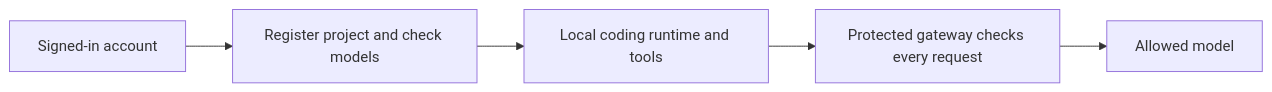
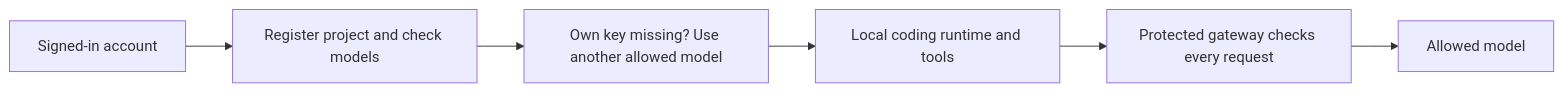
Before and after one commit to OsamaFelFel/keeplane: the diagram in docs/guide/cli-coding.md, drawn with Mermaid. The commit also changed other lines of this file and 13 other files, not shown here.

First line of the commit message:
feat(runtime): use another allowed model when a developer's own key is missing

````diff
--- a/docs/guide/cli-coding.md
+++ b/docs/guide/cli-coding.md
@@ -31,7 +33,8 @@
 ```mermaid
 flowchart LR
   Profile[Signed-in account] --> Check[Register project and check models]
-  Check --> Local[Local coding runtime and tools]
+  Check --> Choice[Own key missing? Use another allowed model]
+  Choice --> Local[Local coding runtime and tools]
   Local --> Gateway[Protected gateway checks every request]
   Gateway --> Model[Allowed model]
 ```
````
